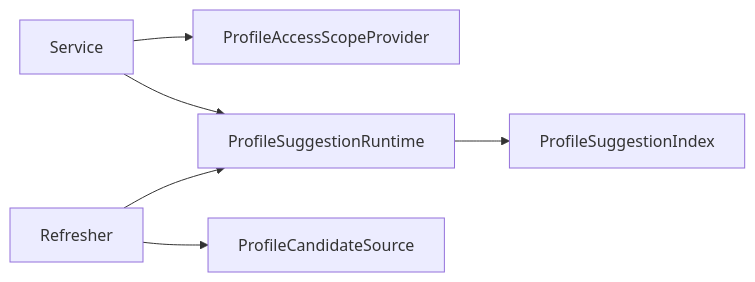
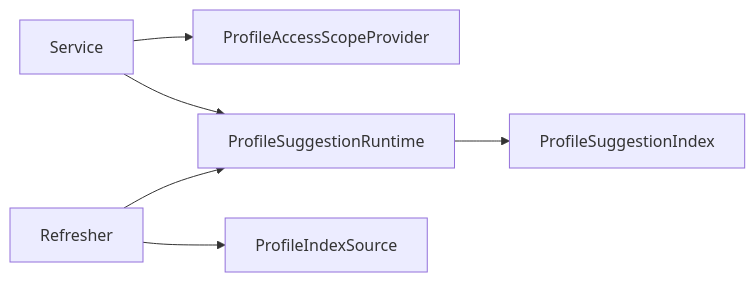
Before and after one commit to FangcunMount/iam: the diagram in docs/02-业务模块/05-Suggest/01-模型与应用端口.md, drawn with Mermaid. The commit also changed other lines of this file and 31 other files, not shown here.

Commit message:
refactor(suggest): 增强个人资料推荐模型和索引策略 - 引入了新的 `ProfileAccessScopeResolver` 来编排授权事实和可见性。 - 更新了索引策略，使用显式的 `ProfileIndexMutation` 进行 upsert 和删除。 - 重构了服务，利用 `SearchPolicy` 进行个人资料推荐的决策。 - 改进了候选选择与过滤机制，以确保更好的性能和准确性。 - 移除了过时的搜索策略实现及测试，以提高清晰度和可维护性。

````diff
--- a/docs/02-业务模块/05-Suggest/01-模型与应用端口.md
+++ b/docs/02-业务模块/05-Suggest/01-模型与应用端口.md
@@ -107,8 +111,8 @@
 ```mermaid
 flowchart LR
     Service --> ScopeProvider["ProfileAccessScopeProvider"]
     Service --> Runtime["ProfileSuggestionRuntime"]
     Runtime --> Index["ProfileSuggestionIndex"]
-    Refresher --> Source["ProfileCandidateSource"]
+    Refresher --> Source["ProfileIndexSource"]
     Refresher --> Runtime
 ```
````
